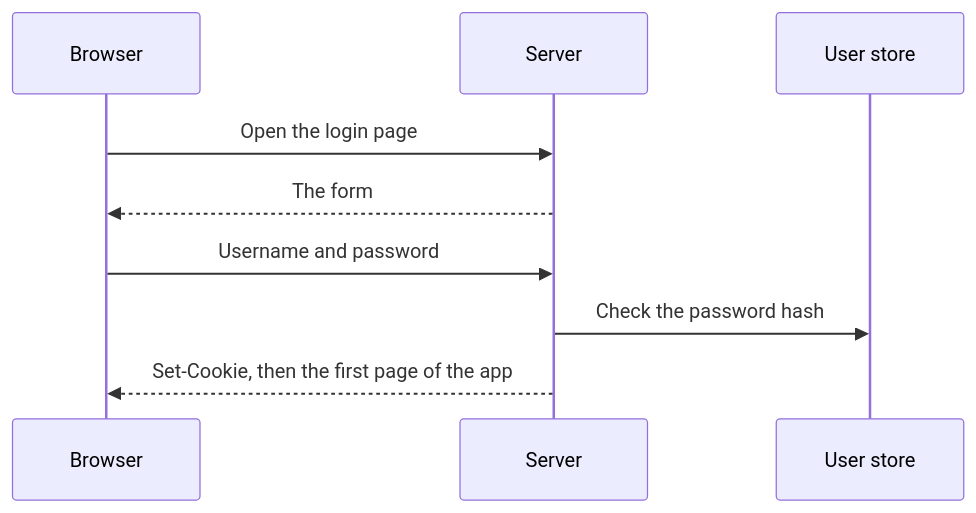
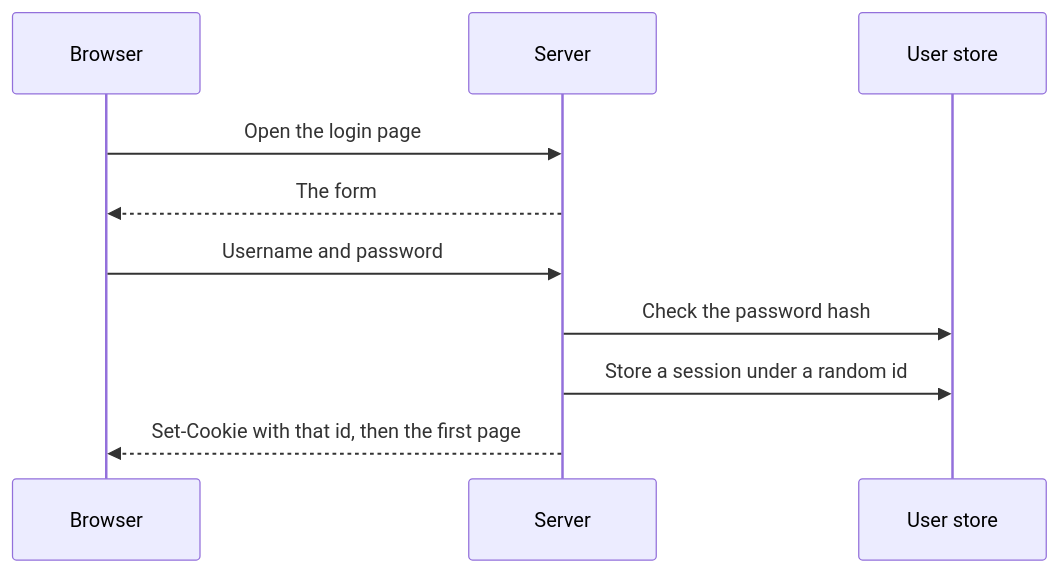
Before and after one commit to tgogos/CS_notes: the first of 7 diagrams in auth/README.md, drawn with Mermaid. The commit also changed other lines of this file, not shown here.

Commit message:
Separate the session, its id, and the cookie, and treat the ID token as the Keycloak login result.

````diff
--- a/auth/README.md
+++ b/auth/README.md
@@ -57,12 +65,13 @@
 ```mermaid
 sequenceDiagram
   participant Browser
   participant Server
   participant DB as User store
 
   Browser->>Server: Open the login page
   Server-->>Browser: The form
   Browser->>Server: Username and password
   Server->>DB: Check the password hash
-  Server-->>Browser: Set-Cookie, then the first page of the app
+  Server->>DB: Store a session under a random id
+  Server-->>Browser: Set-Cookie with that id, then the first page
 ```
````
